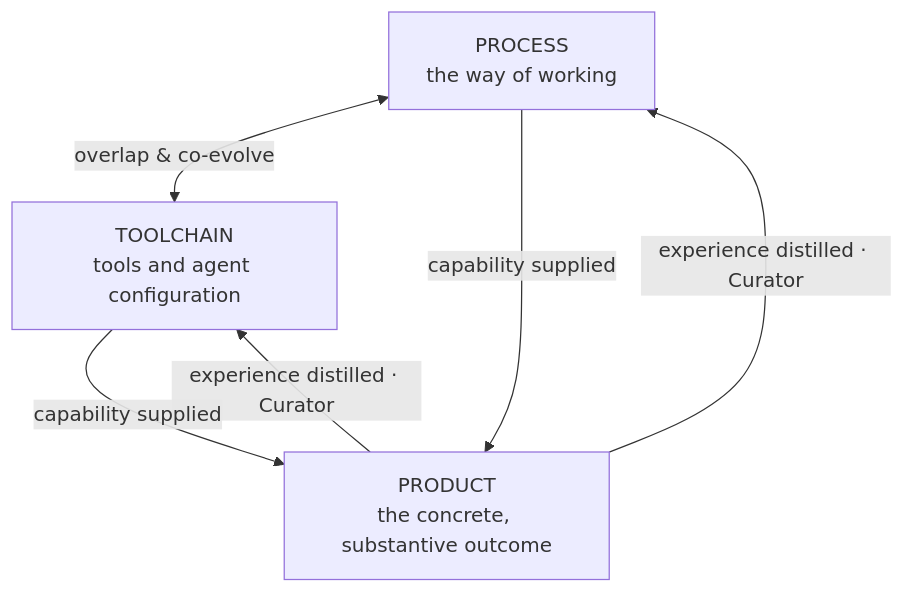
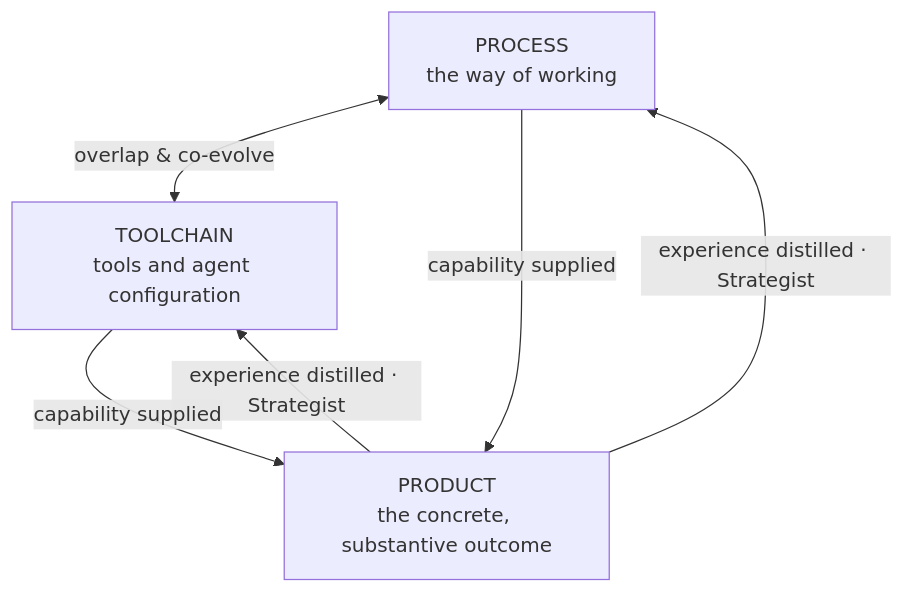
One commit to cyberuni/cyberplace changed the sixth of 6 diagrams in artifacts/specs/motive-model/spec.md. Above: the diagram before and after it, drawn with Mermaid. The commit also changed other lines of this file and 40 other files, not shown here.

First line of the commit message:
refactor: rename actors Framer->Director and Curator->Strategist

````diff
--- a/artifacts/specs/motive-model/spec.md
+++ b/artifacts/specs/motive-model/spec.md
@@ -383,11 +383,11 @@
 ```mermaid
 flowchart TB
     PROC["PROCESS<br/>the way of working"]
     TOOL["TOOLCHAIN<br/>tools and agent configuration"]
     PROD["PRODUCT<br/>the concrete, substantive outcome"]
     PROC <-->|"overlap & co-evolve"| TOOL
-    PROD -->|"experience distilled · Curator"| PROC
-    PROD -->|"experience distilled · Curator"| TOOL
+    PROD -->|"experience distilled · Strategist"| PROC
+    PROD -->|"experience distilled · Strategist"| TOOL
     PROC -->|"capability supplied"| PROD
     TOOL -->|"capability supplied"| PROD
 ```
````
